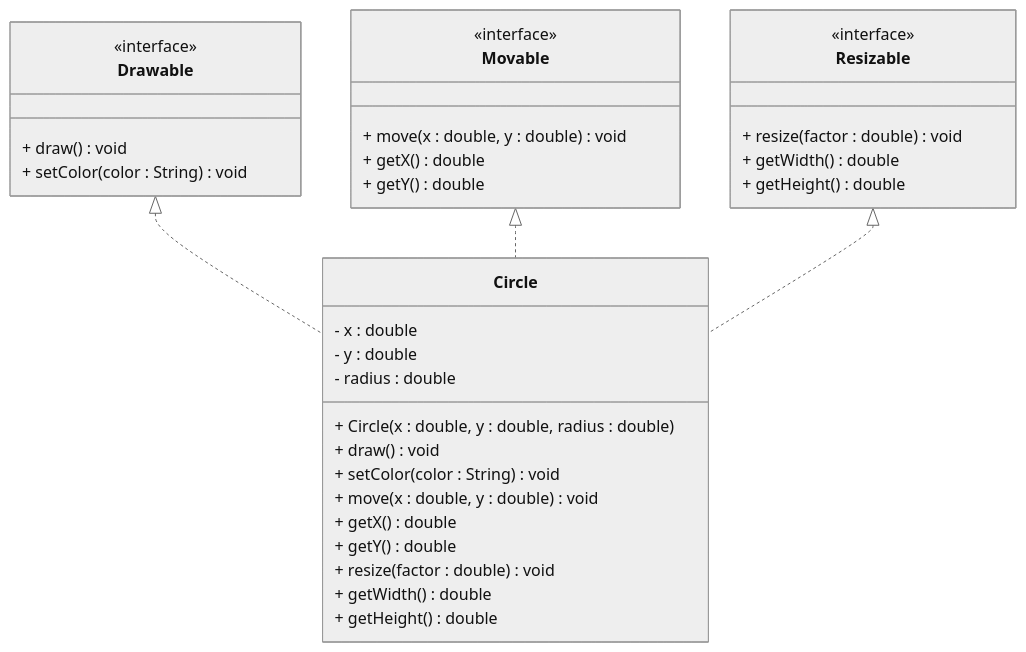
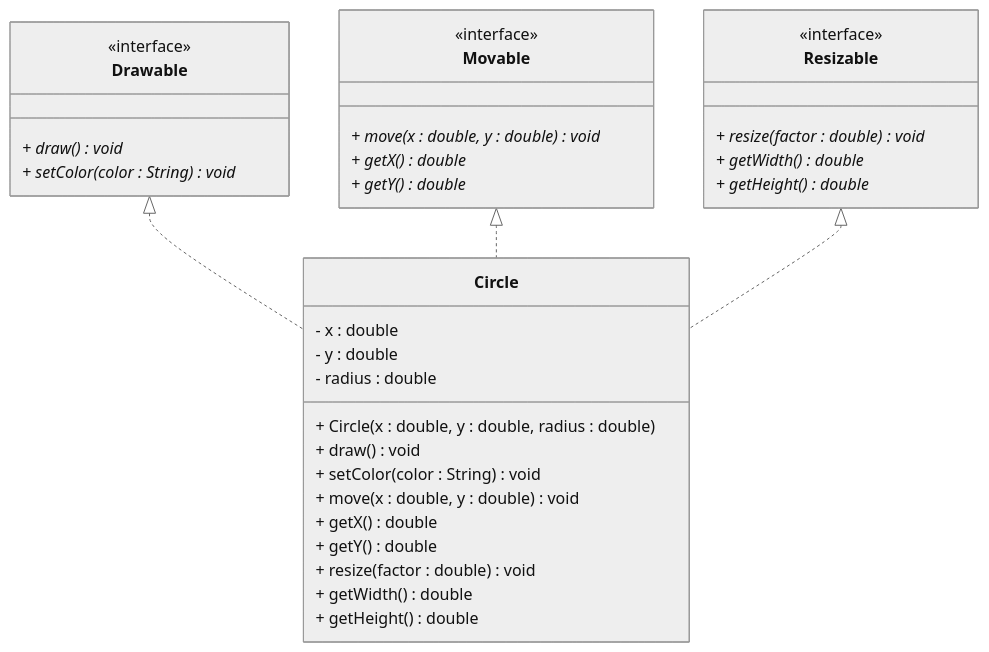
One commit to TroelsMortensen/Codelabs2 changed the diagram in Articles/Session 15 - Interfaces/004 Implement multiple.md. Above: the diagram before and after it, drawn with Mermaid (neutral theme). The commit also changed 6 other files, not shown here.

````diff
--- a/Articles/Session 15 - Interfaces/004 Implement multiple.md
+++ b/Articles/Session 15 - Interfaces/004 Implement multiple.md
@@ -8,41 +8,41 @@
 ```mermaid
 classDiagram
     class Drawable {
         <<interface>>
-        + draw() void
-        + setColor(color : String) void
+        _+ draw() void_
+        _+ setColor(color : String) void_
     }
     
     class Movable {
         <<interface>>
-        + move(x : double, y : double) void
-        + getX() double
-        + getY() double
+        _+ move(x : double, y : double) void_
+        _+ getX() double_
+        _+ getY() double_
     }
     
     class Resizable {
         <<interface>>
-        + resize(factor : double) void
-        + getWidth() double
-        + getHeight() double
+        _+ resize(factor : double) void_
+        _+ getWidth() double_
+        _+ getHeight() double_
     }
     
     class Circle {
         - x : double
         - y : double
         - radius : double
         + Circle(x : double, y : double, radius : double)
         + draw() void
         + setColor(color : String) void
         + move(x : double, y : double) void
         + getX() double
         + getY() double
         + resize(factor : double) void
         + getWidth() double
         + getHeight() double
     }
     
     Drawable <|.. Circle
     Movable <|.. Circle
     Resizable <|.. Circle
 ```
````
